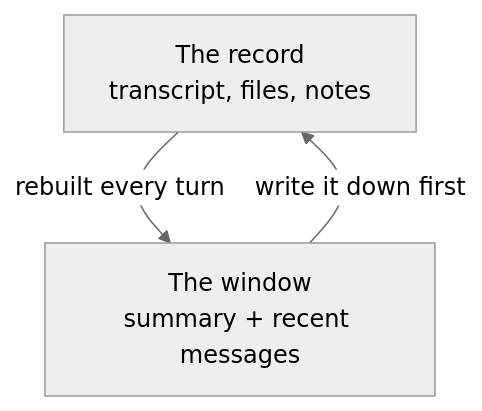
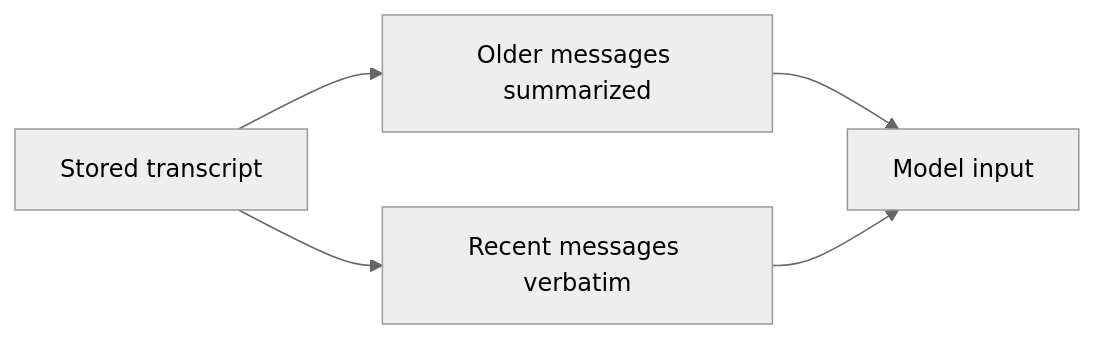
One commit to Abdulmumin1/yaqeen.me changed the first of 2 diagrams in src/routes/blog/posts/context-is-a-cache-not-a-database.md. Above: the diagram before and after it, drawn with Mermaid (neutral theme). The commit also changed other lines of this file, not shown here.

````diff
--- a/src/routes/blog/posts/context-is-a-cache-not-a-database.md
+++ b/src/routes/blog/posts/context-is-a-cache-not-a-database.md
@@ -40,10 +26,11 @@
 ```mermaid
-flowchart TB
-    S["The record<br/>transcript, files, notes"]
-    W["The window<br/>summary + recent messages"]
-    S -->|"rebuilt every turn"| W
-    W -->|"write it down first"| S
+flowchart LR
+    T["Stored transcript"] --> S["Older messages summarized"]
+    T --> R["Recent messages verbatim"]
+    S --> W["Model input"]
+    R --> W
 
-    class S active
-    class W muted
+    class T active
+    class S muted
+    class W control
 ```
````
